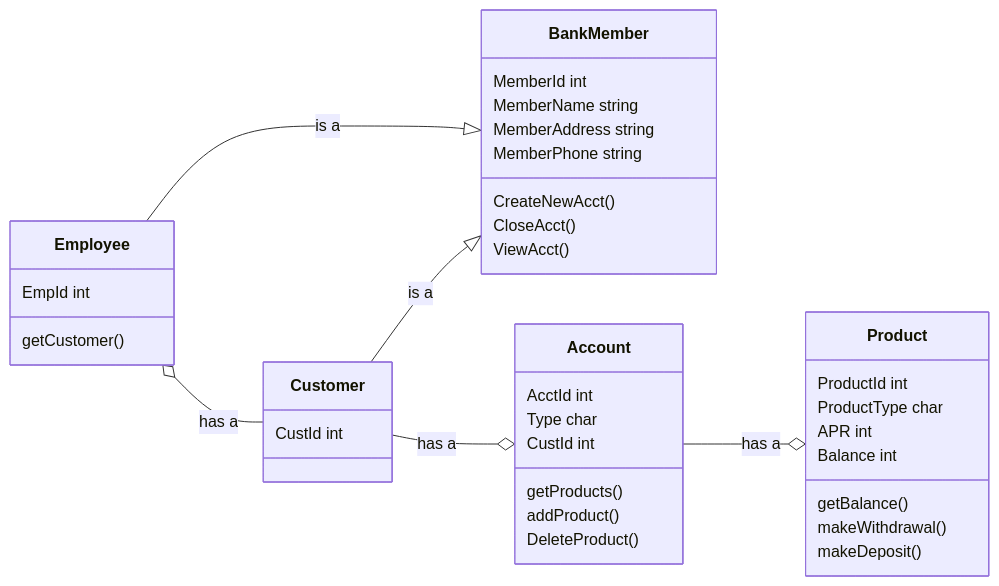
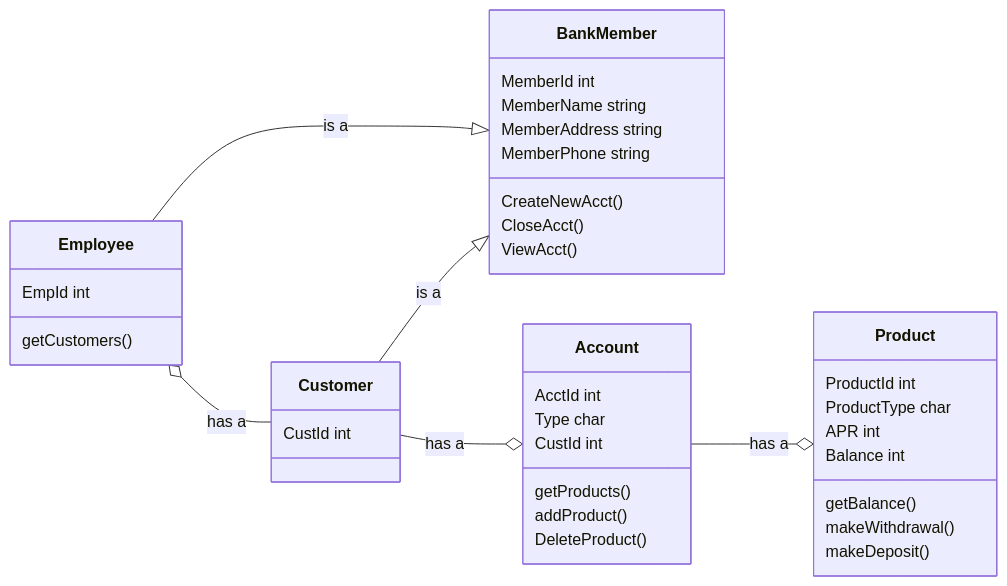
Before and after one commit to Marcus-Snell/Test: the diagram in mermaid.md, drawn with Mermaid.

````diff
--- a/mermaid.md
+++ b/mermaid.md
@@ -1,38 +1,38 @@
 ```mermaid
 classDiagram
 direction LR
 BankMember
 BankMember : MemberId int
 BankMember : MemberName string
 BankMember : MemberAddress string
 BankMember : MemberPhone string
 BankMember : CreateNewAcct()
 BankMember: CloseAcct()
 BankMember : ViewAcct()
 
 Employee --|> BankMember : is a
 Employee o-- Customer : has a
 Employee : EmpId int
-Employee : getCustomer()
+Employee : getCustomers()
 
 Customer --|> BankMember : is a
 Customer --o Account : has a
 Customer : CustId int
 
 Account --o Product : has a
 Account : AcctId int
 Account : Type char
 Account : CustId int
 Account : getProducts()
 Account : addProduct()
 Account : DeleteProduct()
 
 Product : ProductId int
 Product : ProductType char
 Product : APR int
 Product : Balance int
 Product : getBalance()
 Product : makeWithdrawal()
 Product : makeDeposit()
 
 ```
````
